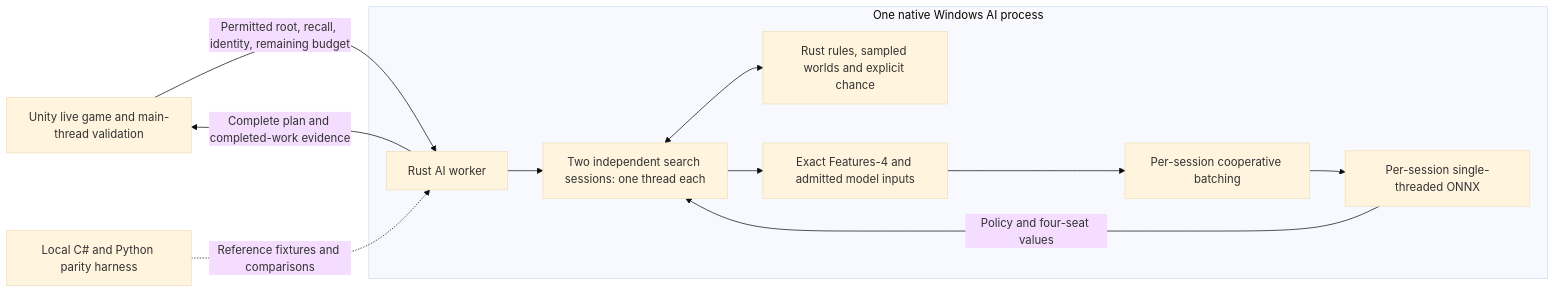
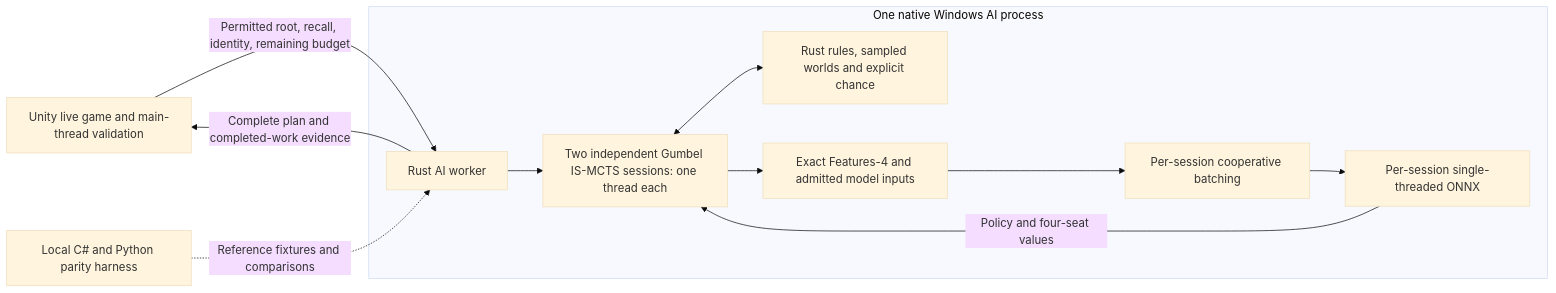
The first of 2 diagrams in ai-research/RUST_AI_BACKEND_MIGRATION_PLAN.md (riverside234/brass-ai), drawn with Mermaid (base theme) before and after one commit. The commit also changed other lines of this file and 113 other files, not shown here.

Commit message:
Add Rust features, inference, and Gumbel search coordination

````diff
--- a/ai-research/RUST_AI_BACKEND_MIGRATION_PLAN.md
+++ b/ai-research/RUST_AI_BACKEND_MIGRATION_PLAN.md
@@ -59,14 +66,14 @@
 ```mermaid
 flowchart LR
     U[Unity live game and main-thread validation] -->|Permitted root, recall, identity, remaining budget| W[Rust AI worker]
     subgraph R[One native Windows AI process]
-        W --> S[Two independent search sessions: one thread each]
+        W --> S[Two independent Gumbel IS-MCTS sessions: one thread each]
         S <--> G[Rust rules, sampled worlds and explicit chance]
         S --> E[Exact Features-4 and admitted model inputs]
         E --> Q[Per-session cooperative batching]
         Q --> N[Per-session single-threaded ONNX]
         N -->|Policy and four-seat values| S
     end
     W -->|Complete plan and completed-work evidence| U
     H[Local C# and Python parity harness] -.->|Reference fixtures and comparisons| W
 ```
````
